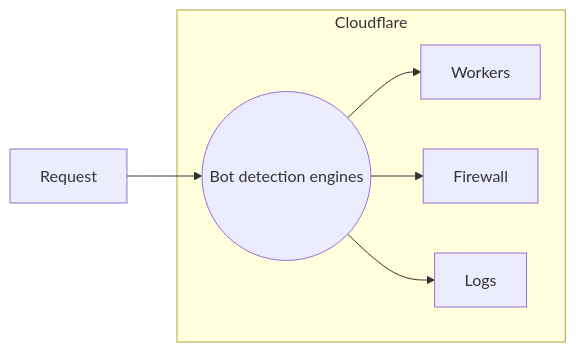
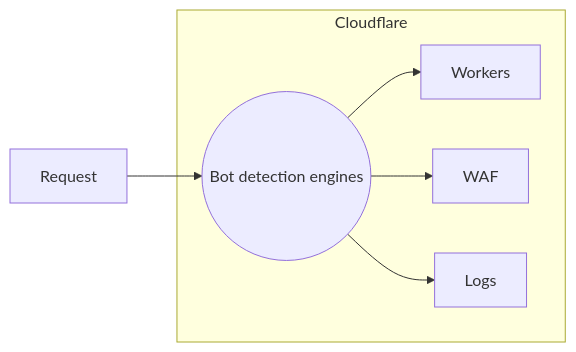
Before and after one commit to rdhanarot/cloudflare-docs: the diagram in content/learning-paths/bot-management/planning/implementation-methods.md, drawn with Mermaid. The commit also changed other lines of this file and 114 other files, not shown here.

````diff
--- a/content/learning-paths/bot-management/planning/implementation-methods.md
+++ b/content/learning-paths/bot-management/planning/implementation-methods.md
@@ -10,15 +10,15 @@
 ```mermaid
     flowchart LR
       accTitle: Bot request scoring
       accDescr: When requests reach Cloudflare, we add additional data points based on bot characteristics.
       A[Request] --> B
       B --> C
       B --> D
       B --> E
       subgraph Cloudflare
         B((Bot detection engines))
         C[Workers]
-        D[Firewall]
+        D[WAF]
         E[Logs]
       end
 ```
````
